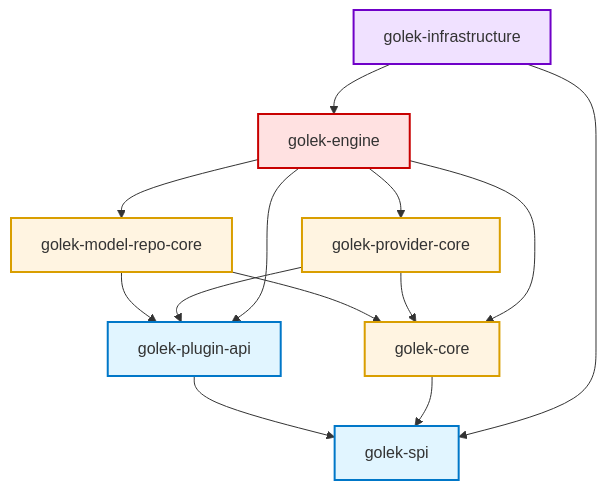
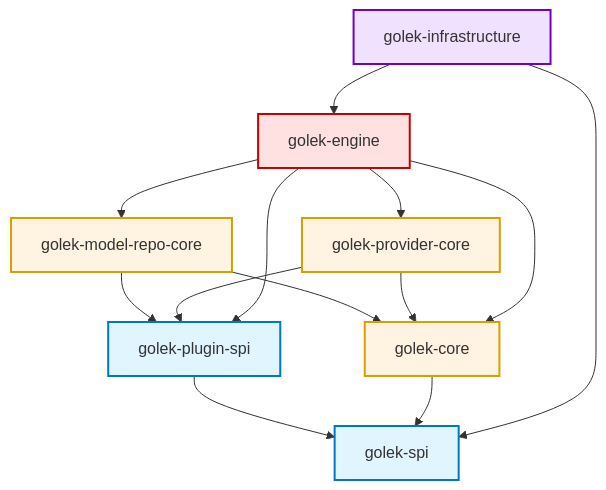
One commit to bhangun/gollek changed the diagram in core/README.md. Above: the diagram before and after it, drawn with Mermaid. The commit also changed other lines of this file and 42 other files, not shown here.

Commit message:
change golek-plugin-api to golek-plugin-spi

````diff
--- a/core/README.md
+++ b/core/README.md
@@ -79,38 +79,38 @@
 ```mermaid
 graph TD
     A[golek-spi] 
-    B[golek-plugin-api]
+    B[golek-plugin-spi]
     C[golek-core]
     D[golek-model-repo-core]
     E[golek-provider-core]
     F[golek-engine]
     G[golek-infrastructure]
 
     %% Tier 1: Base Contracts
     B --> A
     C --> A
     
     %% Tier 2: Domain Logic & SPIs
     D --> C
     D --> B
     E --> C
     E --> B
 
     %% Tier 3: Core Implementation (Engine)
     F --> D
     F --> E
     F --> C
     F --> B
 
     %% Tier 4: Infrastructure & Integration
     G --> F
     G --> A
     
     style A fill:#e1f5ff,stroke:#0077c8,stroke-width:2px
     style B fill:#e1f5ff,stroke:#0077c8,stroke-width:2px
     style C fill:#fff4e1,stroke:#d99e00,stroke-width:2px
     style D fill:#fff4e1,stroke:#d99e00,stroke-width:2px
     style E fill:#fff4e1,stroke:#d99e00,stroke-width:2px
     style F fill:#ffe1e1,stroke:#c80000,stroke-width:2px
     style G fill:#f0e1ff,stroke:#6f00c8,stroke-width:2px
 ```
````
